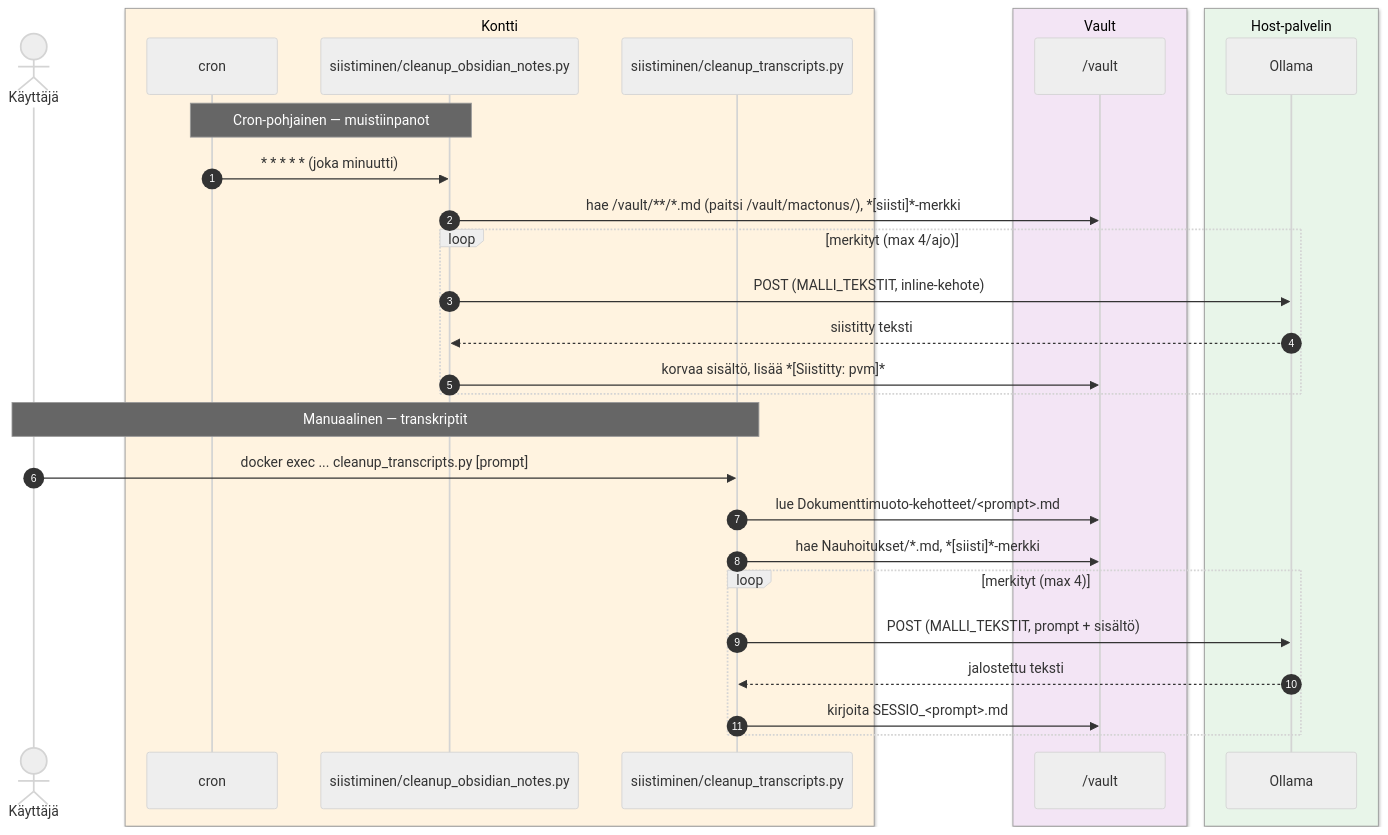
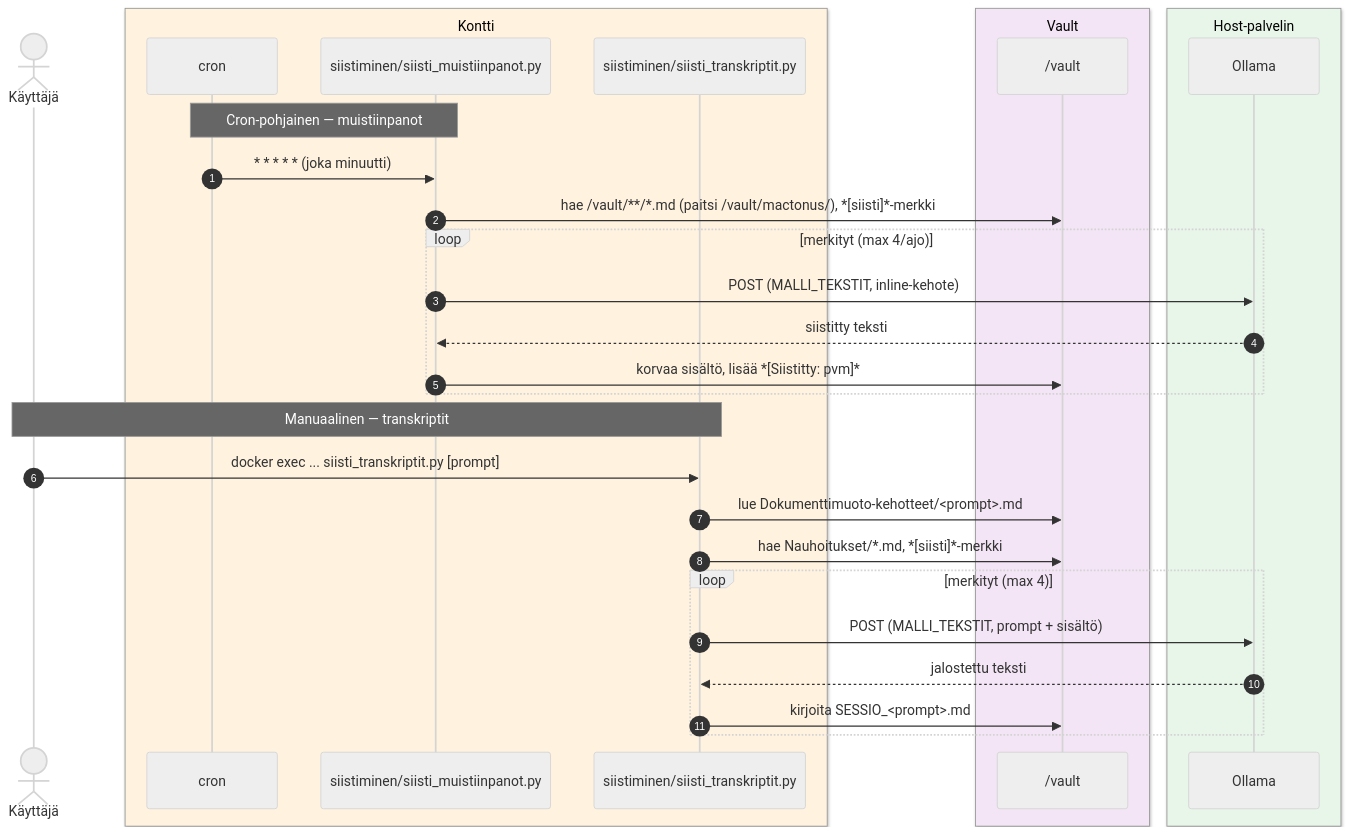
The diagram in scripts/siistiminen/README.md (atonusgit/mactonus), drawn with Mermaid (neutral theme) before and after one commit. The commit also changed other lines of this file and 51 other files, not shown here.

````diff
--- a/scripts/siistiminen/README.md
+++ b/scripts/siistiminen/README.md
@@ -5,35 +5,35 @@
 ```mermaid
 sequenceDiagram
     autonumber
     actor U as Käyttäjä
     box rgb(255, 243, 224) Kontti
         participant Cron as cron
-        participant CO as siistiminen/cleanup_obsidian_notes.py
-        participant CT as siistiminen/cleanup_transcripts.py
+        participant CO as siistiminen/siisti_muistiinpanot.py
+        participant CT as siistiminen/siisti_transkriptit.py
     end
     box rgb(243, 229, 245) Vault
         participant V as /vault
     end
     box rgb(232, 245, 233) Host-palvelin
         participant Ol as Ollama
     end
 
     Note over Cron,CO: Cron-pohjainen — muistiinpanot
     Cron->>CO: * * * * * (joka minuutti)
     CO->>V: hae /vault/**/*.md (paitsi /vault/mactonus/), *[siisti]*-merkki
     loop merkityt (max 4/ajo)
         CO->>Ol: POST (MALLI_TEKSTIT, inline-kehote)
         Ol-->>CO: siistitty teksti
         CO->>V: korvaa sisältö, lisää *[Siistitty: pvm]*
     end
 
     Note over U,CT: Manuaalinen — transkriptit
-    U->>CT: docker exec ... cleanup_transcripts.py [prompt]
+    U->>CT: docker exec ... siisti_transkriptit.py [prompt]
     CT->>V: lue Dokumenttimuoto-kehotteet/<prompt>.md
     CT->>V: hae Nauhoitukset/*.md, *[siisti]*-merkki
     loop merkityt (max 4)
         CT->>Ol: POST (MALLI_TEKSTIT, prompt + sisältö)
         Ol-->>CT: jalostettu teksti
         CT->>V: kirjoita SESSIO_<prompt>.md
     end
 ```
````
